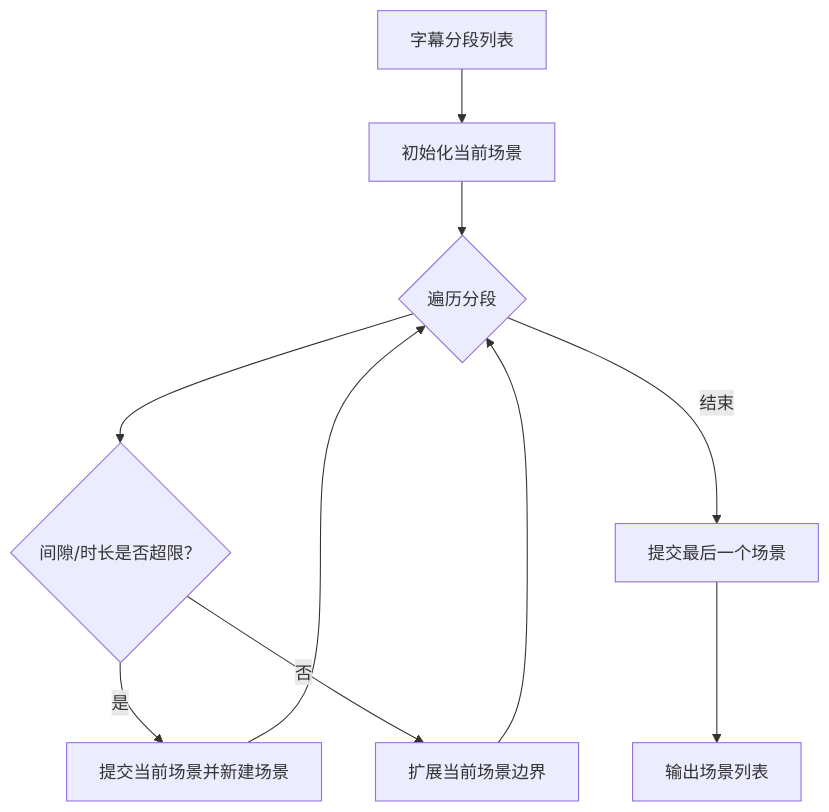
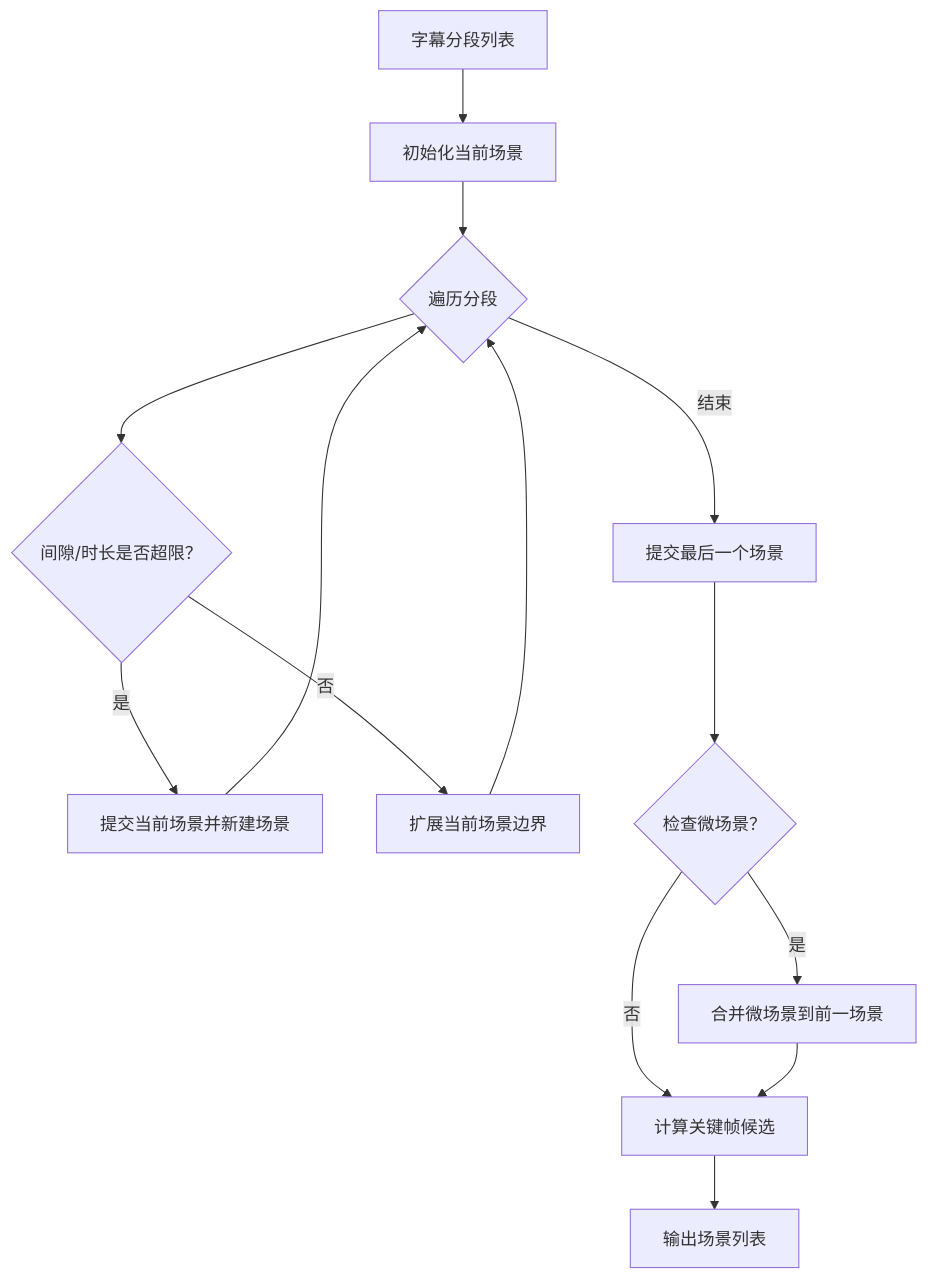
The ninth of 10 diagrams in .qoder/repowiki/zh/content/核心功能/字幕处理系统/字幕处理系统.md (wowoduang/AIVideoClaude), drawn with Mermaid before and after one commit. The commit also changed other lines of this file and 32 other files, not shown here.

````diff
--- a/.qoder/repowiki/zh/content/核心功能/字幕处理系统/字幕处理系统.md
+++ b/.qoder/repowiki/zh/content/核心功能/字幕处理系统/字幕处理系统.md
@@ -339,12 +351,16 @@
 ```mermaid
 flowchart TD
 Segs["字幕分段列表"] --> Init["初始化当前场景"]
 Init --> Loop{"遍历分段"}
 Loop --> GapCheck{"间隙/时长是否超限？"}
 GapCheck --> |是| Split["提交当前场景并新建场景"]
 GapCheck --> |否| Extend["扩展当前场景边界"]
 Split --> Loop
 Extend --> Loop
 Loop --> |结束| Finalize["提交最后一个场景"]
-Finalize --> Scenes["输出场景列表"]
+Finalize --> MicroCheck{"检查微场景？"}
+MicroCheck --> |是| MergeMicro["合并微场景到前一场景"]
+MicroCheck --> |否| Keyframe["计算关键帧候选"]
+MergeMicro --> Keyframe
+Keyframe --> Scenes["输出场景列表"]
 ```
````
